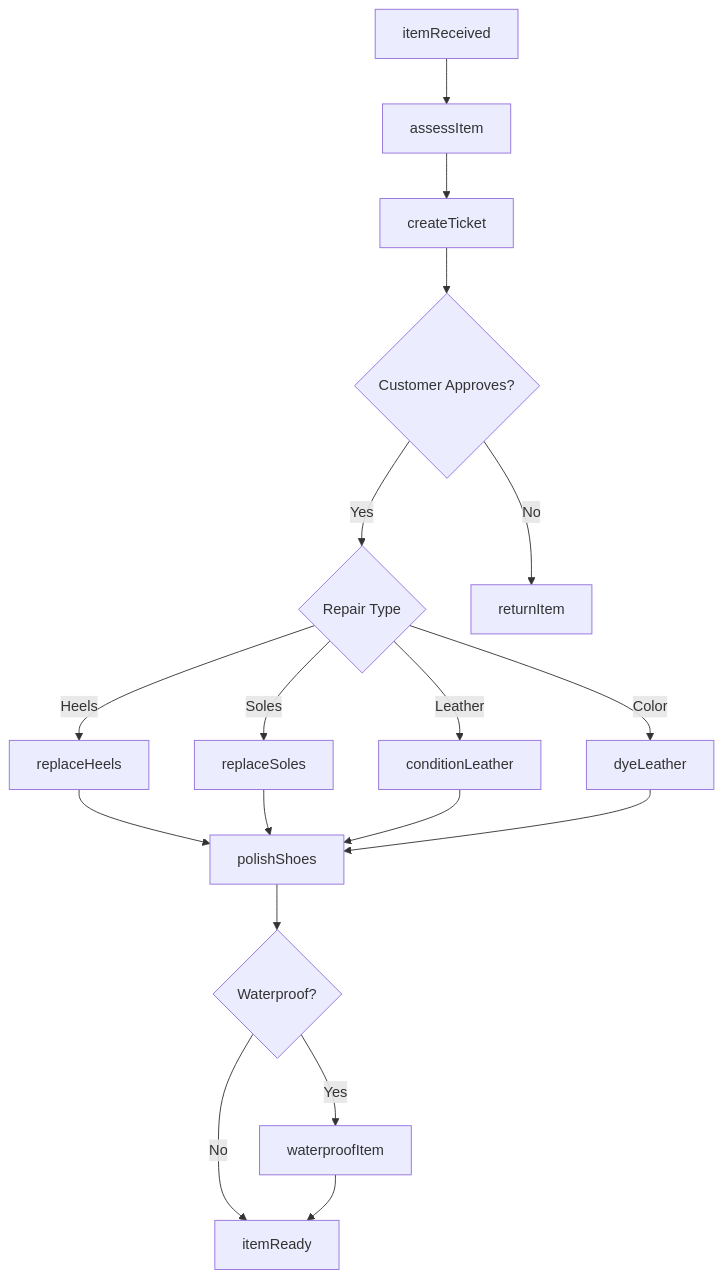
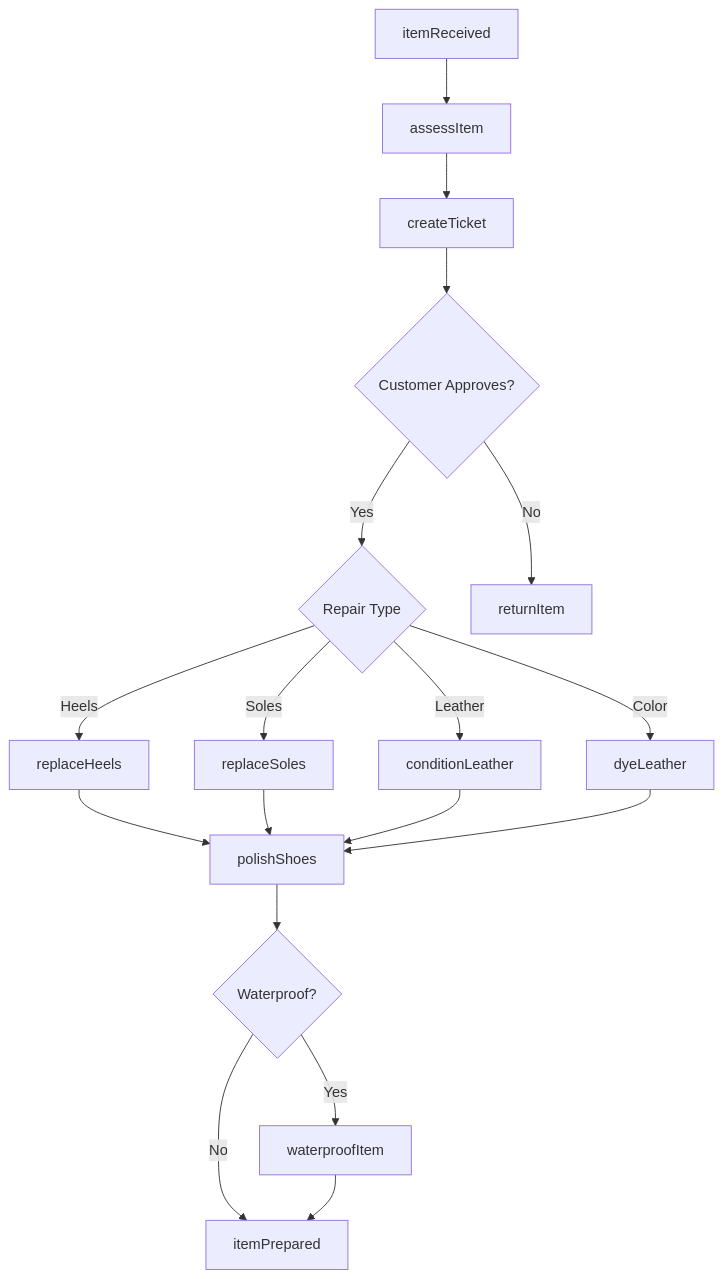
One commit to dot-org-ai/industries.org.ai changed the first of 2 diagrams in OtherServices/RepairAndMaintenance/PersonalAndHouseholdGoodsRepairAndMaintenance/FootwearAndLeatherGoodsRepair.mdx. Above: the diagram before and after it, drawn with Mermaid. The commit also changed other lines of this file and 588 other files, not shown here.

````diff
--- a/OtherServices/RepairAndMaintenance/PersonalAndHouseholdGoodsRepairAndMaintenance/FootwearAndLeatherGoodsRepair.mdx
+++ b/OtherServices/RepairAndMaintenance/PersonalAndHouseholdGoodsRepairAndMaintenance/FootwearAndLeatherGoodsRepair.mdx
@@ -105,20 +105,20 @@
 ```mermaid
 graph TD
     A[itemReceived] --> B[assessItem]
     B --> C[createTicket]
     C --> D{Customer Approves?}
     D -->|Yes| E{Repair Type}
     D -->|No| F[returnItem]
     E -->|Heels| G[replaceHeels]
     E -->|Soles| H[replaceSoles]
     E -->|Leather| I[conditionLeather]
     E -->|Color| J[dyeLeather]
     G --> K[polishShoes]
     H --> K
     I --> K
     J --> K
     K --> L{Waterproof?}
     L -->|Yes| M[waterproofItem]
-    L -->|No| N[itemReady]
+    L -->|No| N[itemPrepared]
     M --> N
 ```
````
